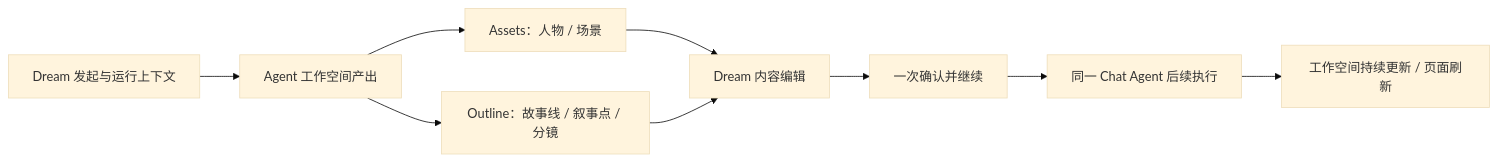
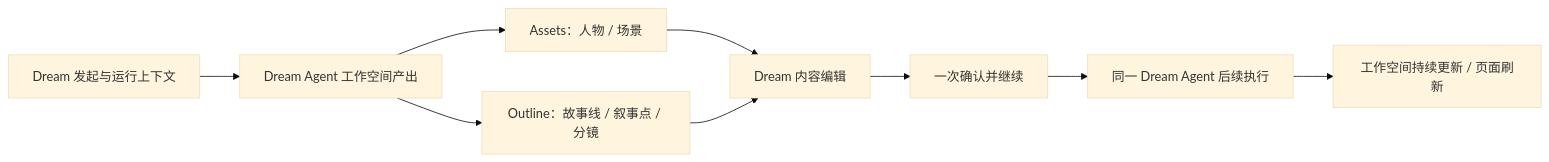
One commit to glide-the/im-dream changed the first of 4 diagrams in docs/design/story-workspace/design_007_dream-business-module-interaction.md. Above: the diagram before and after it, drawn with Mermaid (base theme). The commit also changed other lines of this file and 5 other files, not shown here.

````diff
--- a/docs/design/story-workspace/design_007_dream-business-module-interaction.md
+++ b/docs/design/story-workspace/design_007_dream-business-module-interaction.md
@@ -64,11 +65,11 @@
 ```mermaid
 flowchart LR
-    A["Dream 发起与运行上下文"] --> B["Agent 工作空间产出"]
+    A["Dream 发起与运行上下文"] --> B["Dream Agent 工作空间产出"]
     B --> C["Assets：人物 / 场景"]
     B --> D["Outline：故事线 / 叙事点 / 分镜"]
     C --> E["Dream 内容编辑"]
     D --> E
     E --> F["一次确认并继续"]
-    F --> G["同一 Chat Agent 后续执行"]
+    F --> G["同一 Dream Agent 后续执行"]
     G --> H["工作空间持续更新 / 页面刷新"]
 ```
````
